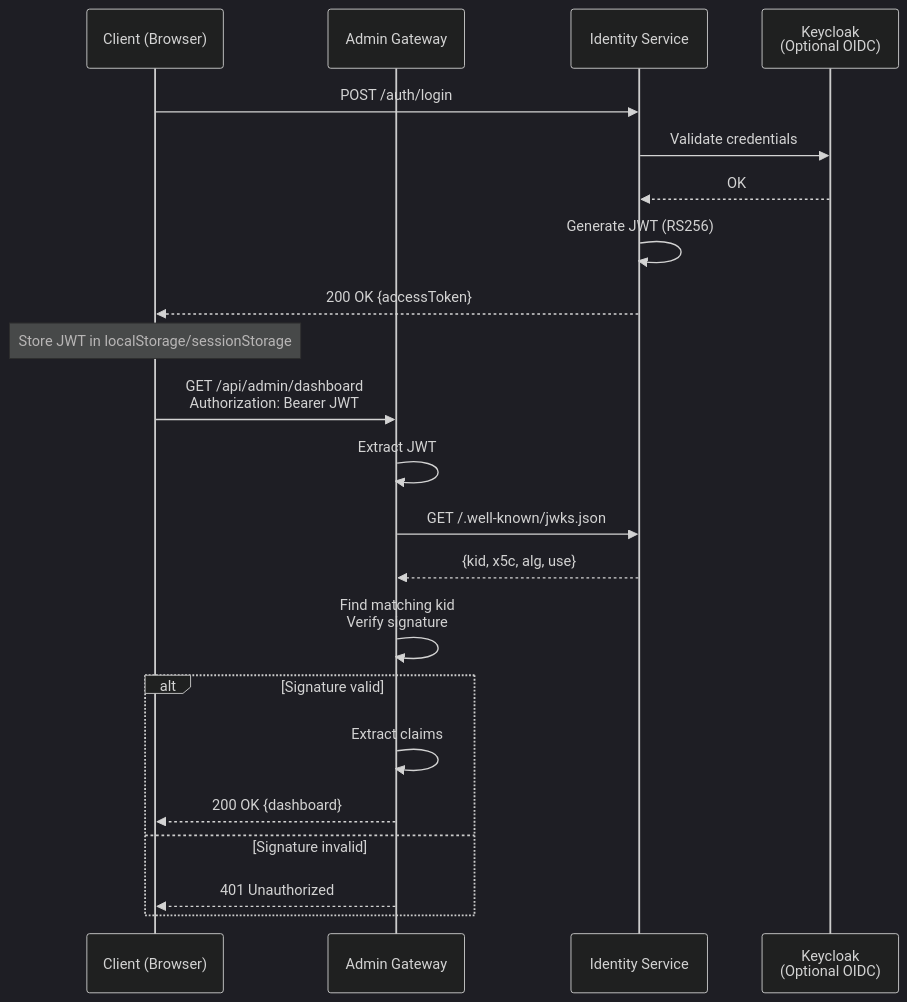
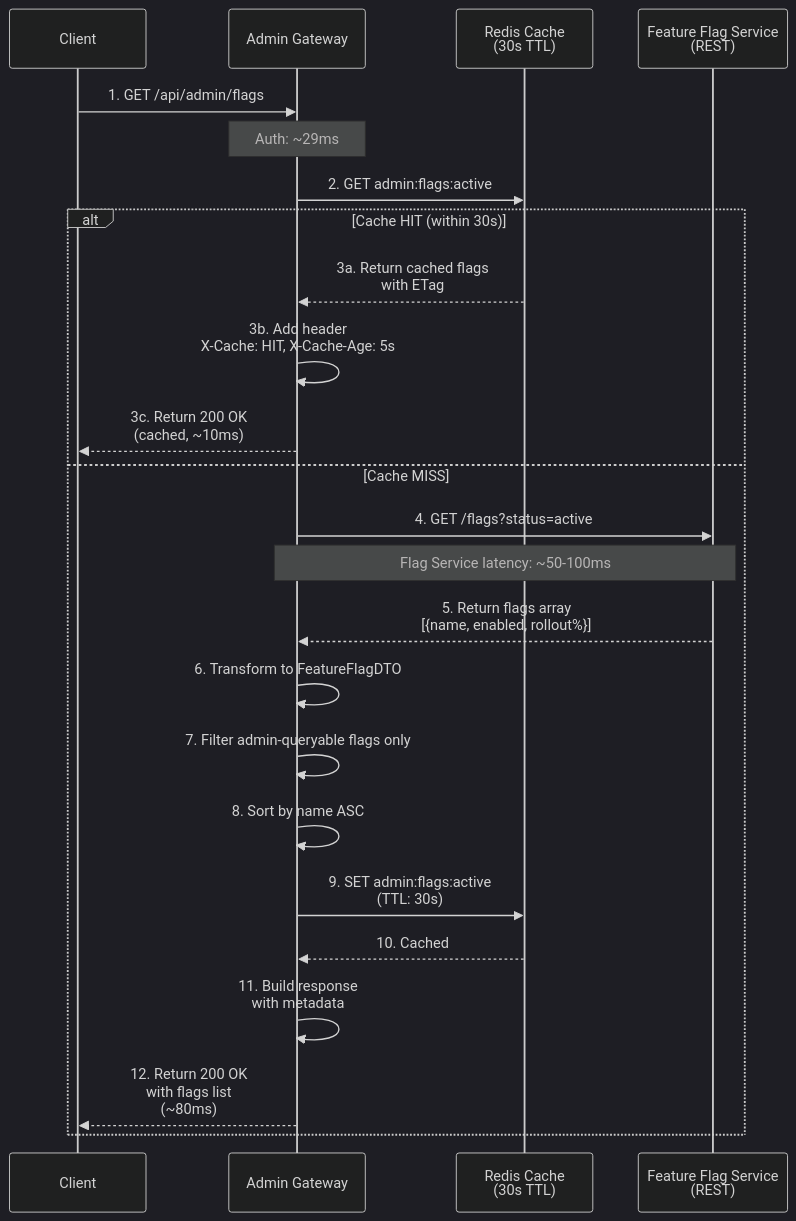
Before and after one commit to sunitakeazycommerz-a11y/InstaCommerce: the third of 5 diagrams in docs/services/admin-gateway-service/diagrams-v2/04-sequence.md, drawn with Mermaid (dark theme). The commit also changed other lines of this file and 12 other files, not shown here.

````diff
--- a/docs/services/admin-gateway-service/diagrams-v2/04-sequence.md
+++ b/docs/services/admin-gateway-service/diagrams-v2/04-sequence.md
@@ -38,27 +141,32 @@
 ```mermaid
 sequenceDiagram
-    participant Client as Client (Browser)
-    participant AdminGateway as Admin Gateway
-    participant IdentityService as Identity Service
-    participant Keycloak as Keycloak<br/>(Optional OIDC)
+    participant Client as Client
+    participant Gateway as Admin Gateway
+    participant FlagCache as Redis Cache<br/>(30s TTL)
+    participant FlagService as Feature Flag Service<br/>(REST)
 
-    Client->>IdentityService: POST /auth/login
-    IdentityService->>Keycloak: Validate credentials
-    Keycloak-->>IdentityService: OK
-    IdentityService->>IdentityService: Generate JWT (RS256)
-    IdentityService-->>Client: 200 OK {accessToken}
+    Client->>Gateway: 1. GET /api/admin/flags
+    Note over Gateway: Auth: ~29ms
 
-    Note over Client: Store JWT in localStorage/sessionStorage
+    Gateway->>FlagCache: 2. GET admin:flags:active
 
-    Client->>AdminGateway: GET /api/admin/dashboard<br/>Authorization: Bearer JWT
-    AdminGateway->>AdminGateway: Extract JWT
-    AdminGateway->>IdentityService: GET /.well-known/jwks.json
-    IdentityService-->>AdminGateway: {kid, x5c, alg, use}
-    AdminGateway->>AdminGateway: Find matching kid<br/>Verify signature
-    alt Signature valid
-        AdminGateway->>AdminGateway: Extract claims
-        AdminGateway-->>Client: 200 OK {dashboard}
-    else Signature invalid
-        AdminGateway-->>Client: 401 Unauthorized
+    alt Cache HIT (within 30s)
+        FlagCache-->>Gateway: 3a. Return cached flags<br/>with ETag
+        Gateway->>Gateway: 3b. Add header<br/>X-Cache: HIT, X-Cache-Age: 5s
+        Gateway-->>Client: 3c. Return 200 OK<br/>(cached, ~10ms)
+    else Cache MISS
+        Gateway->>FlagService: 4. GET /flags?status=active
+        Note over Gateway,FlagService: Flag Service latency: ~50-100ms
+        FlagService-->>Gateway: 5. Return flags array<br/>[{name, enabled, rollout%}]
+
+        Gateway->>Gateway: 6. Transform to FeatureFlagDTO
+        Gateway->>Gateway: 7. Filter admin-queryable flags only
+        Gateway->>Gateway: 8. Sort by name ASC
+
+        Gateway->>FlagCache: 9. SET admin:flags:active<br/>(TTL: 30s)
+        FlagCache-->>Gateway: 10. Cached
+
+        Gateway->>Gateway: 11. Build response<br/>with metadata
+        Gateway-->>Client: 12. Return 200 OK<br/>with flags list<br/>(~80ms)
     end
 ```
````
